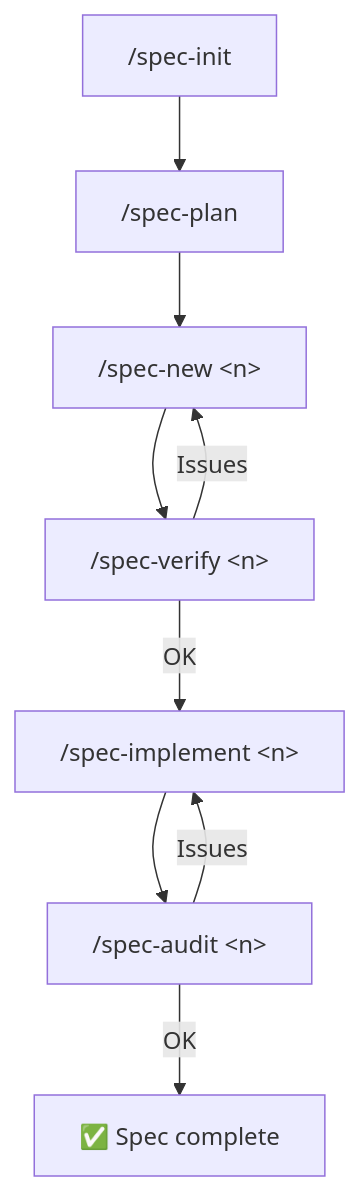
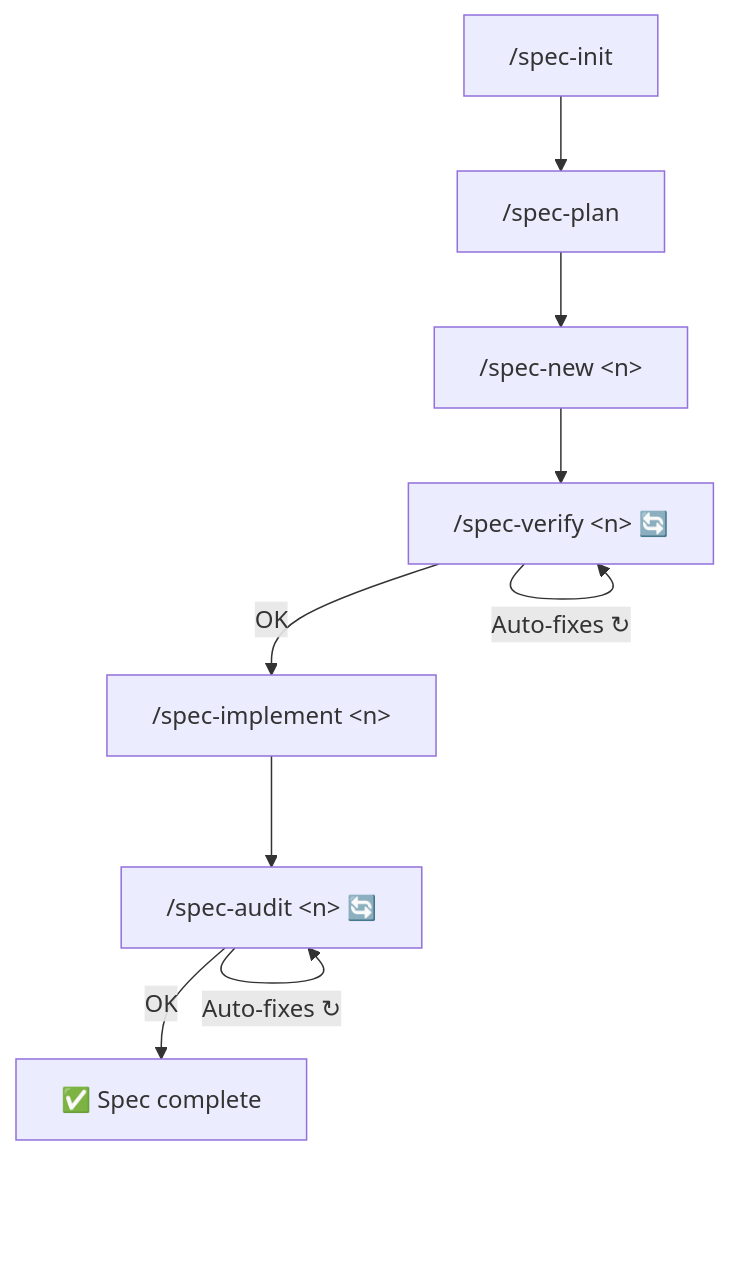
Before and after one commit to andrelncampos/dscode-public: the third of 3 diagrams in docs/i18n/README.en.md, drawn with Mermaid. The commit also changed other lines of this file and 21 other files, not shown here.

````diff
--- a/docs/i18n/README.en.md
+++ b/docs/i18n/README.en.md
@@ -367,11 +385,11 @@
 ```mermaid
 flowchart TD
     INIT["/spec-init"] --> PLAN["/spec-plan"]
     PLAN --> NEW["/spec-new &lt;n&gt;"]
-    NEW --> VERIFY["/spec-verify &lt;n&gt;"]
+    NEW --> VERIFY["/spec-verify &lt;n&gt; 🔄"]
     VERIFY -->|OK| IMPL["/spec-implement &lt;n&gt;"]
-    VERIFY -->|Issues| NEW
-    IMPL --> AUDIT["/spec-audit &lt;n&gt;"]
+    VERIFY -->|"Auto-fixes ↻"| VERIFY
+    IMPL --> AUDIT["/spec-audit &lt;n&gt; 🔄"]
     AUDIT -->|OK| DONE[✅ Spec complete]
-    AUDIT -->|Issues| IMPL
+    AUDIT -->|"Auto-fixes ↻"| AUDIT
 ```
````
